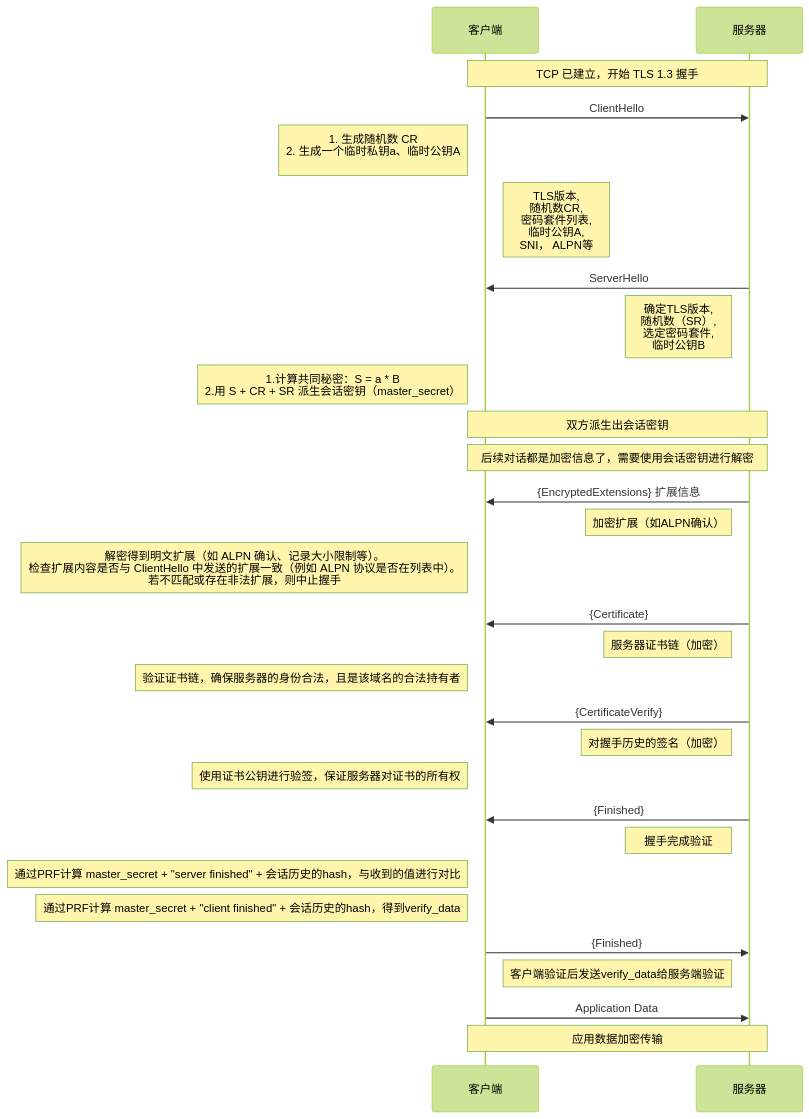
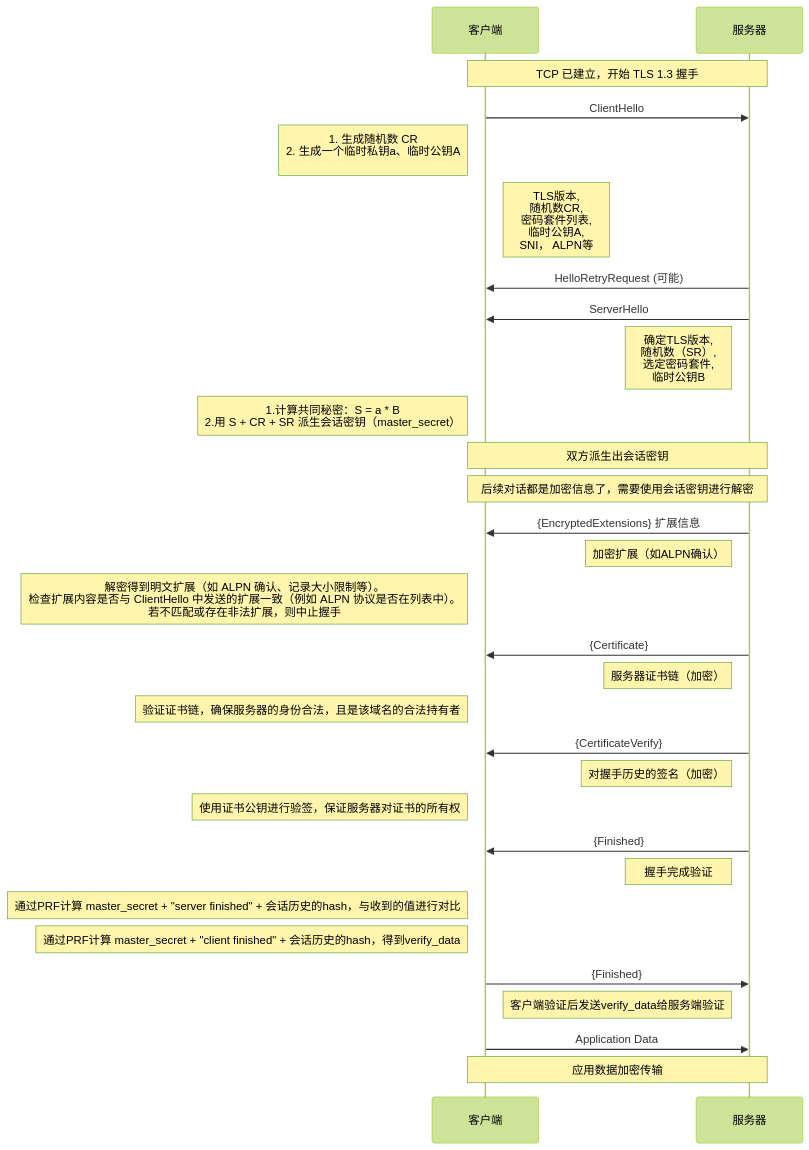
One commit to HY-10-8/iodraw-files changed the diagram in all/TLS-1.3-通用（全）.md. Above: the diagram before and after it, drawn with Mermaid (forest theme).

Commit message:
2026-03-31 10:07:21 update

````diff
--- a/all/TLS-1.3-通用（全）.md
+++ b/all/TLS-1.3-通用（全）.md
@@ -1,42 +1,43 @@
 ```mermaid
 sequenceDiagram
     participant C as 客户端
     participant S as 服务器
 
     Note over C,S: TCP 已建立，开始 TLS 1.3 握手
 
     C->>S: ClientHello
     Note left of C: 1. 生成随机数 CR<br/> 2. 生成一个临时私钥a、临时公钥A<br/>
     Note right of C: TLS版本,<br/> 随机数CR,<br/> 密码套件列表,<br/> 临时公钥A,<br/> SNI， ALPN等
-    
+
+    S->>C: HelloRetryRequest (可能)
 
     S->>C: ServerHello
     Note left of S: 确定TLS版本, <br/>随机数（SR）,<br/> 选定密码套件, <br/>临时公钥B
     Note left of C: 1.计算共同秘密：S = a * B<br/> 2.用 S + CR + SR 派生会话密钥（master_secret）
 
     Note over C,S: 双方派生出会话密钥
     Note over C,S: 后续对话都是加密信息了，需要使用会话密钥进行解密
 
     S->>C: {EncryptedExtensions} 扩展信息
     Note left of S: 加密扩展（如ALPN确认）
     Note left of C: 解密得到明文扩展（如 ALPN 确认、记录大小限制等）。<br/>检查扩展内容是否与 ClientHello 中发送的扩展一致（例如 ALPN 协议是否在列表中）。<br/> 若不匹配或存在非法扩展，则中止握手
 
     S->>C: {Certificate}
     Note left of S: 服务器证书链（加密）
     Note left of C: 验证证书链，确保服务器的身份合法，且是该域名的合法持有者
 
     S->>C: {CertificateVerify}
     Note left of S: 对握手历史的签名（加密）
     Note left of C: 使用证书公钥进行验签，保证服务器对证书的所有权
 
     S->>C: {Finished}
     Note left of S: 握手完成验证
     Note left of C: 通过PRF计算 master_secret + "server finished" + 会话历史的hash，与收到的值进行对比
     Note left of C: 通过PRF计算 master_secret + "client finished" + 会话历史的hash，得到verify_data
 
     C->>S: {Finished}
     Note right of C: 客户端验证后发送verify_data给服务端验证
 
     C->>S: Application Data
     Note over C,S: 应用数据加密传输
 ```
````
